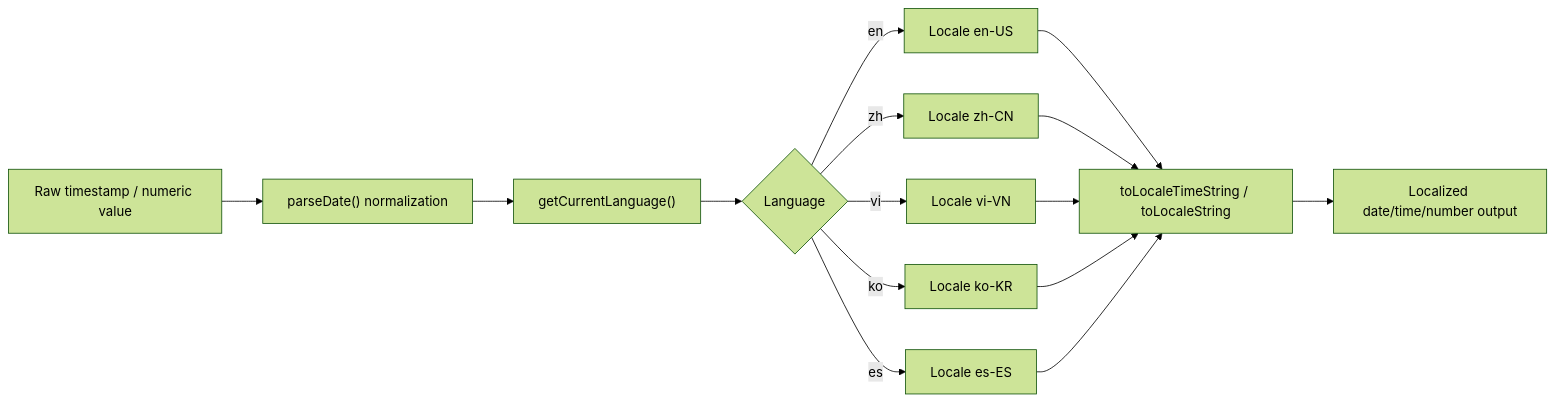
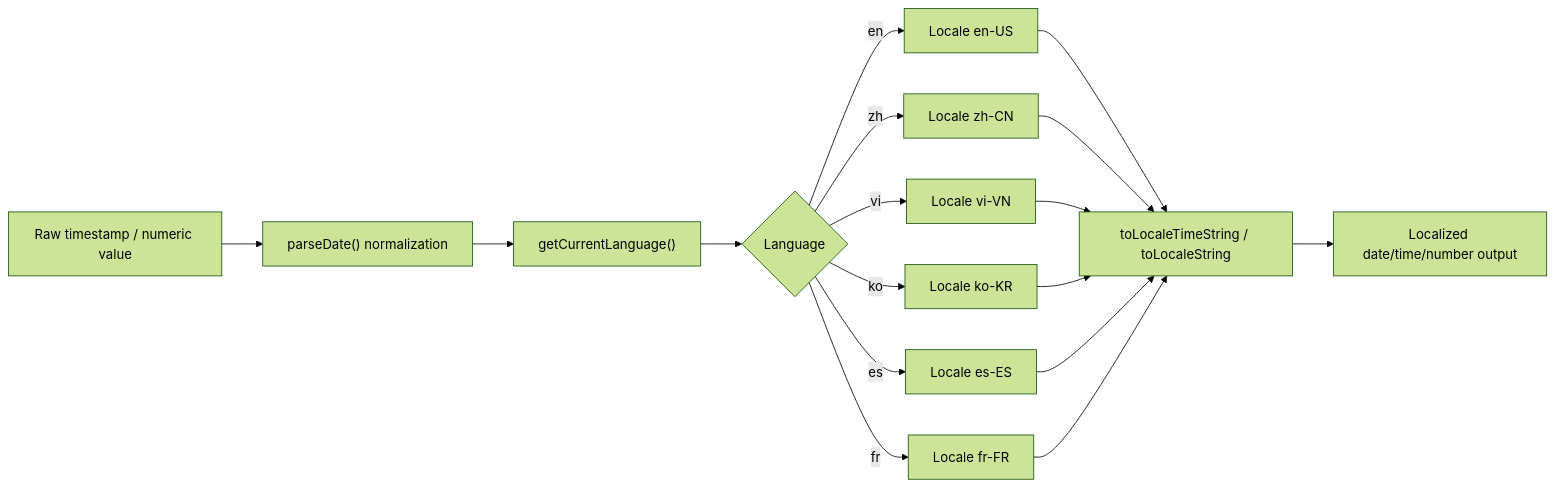
One commit to CorentinPa/Claude-Code-Agent-Monitor changed the sixth of 7 diagrams in docs/I18N.md. Above: the diagram before and after it, drawn with Mermaid (forest theme). The commit also changed other lines of this file and 31 other files, not shown here.

````diff
--- a/docs/I18N.md
+++ b/docs/I18N.md
@@ -233,17 +238,19 @@
 ```mermaid
 flowchart LR
     A["Raw timestamp / numeric value"] --> B["parseDate() normalization"]
     B --> C["getCurrentLanguage()"]
     C --> D{"Language"}
     D -->|en| E["Locale en-US"]
     D -->|zh| F["Locale zh-CN"]
     D -->|vi| G["Locale vi-VN"]
     D -->|ko| H["Locale ko-KR"]
     D -->|es| J["Locale es-ES"]
+    D -->|fr| L["Locale fr-FR"]
     E --> K["toLocaleTimeString / toLocaleString"]
     F --> K
     G --> K
     H --> K
     J --> K
+    L --> K
     K --> I["Localized date/time/number output"]
 ```
````
